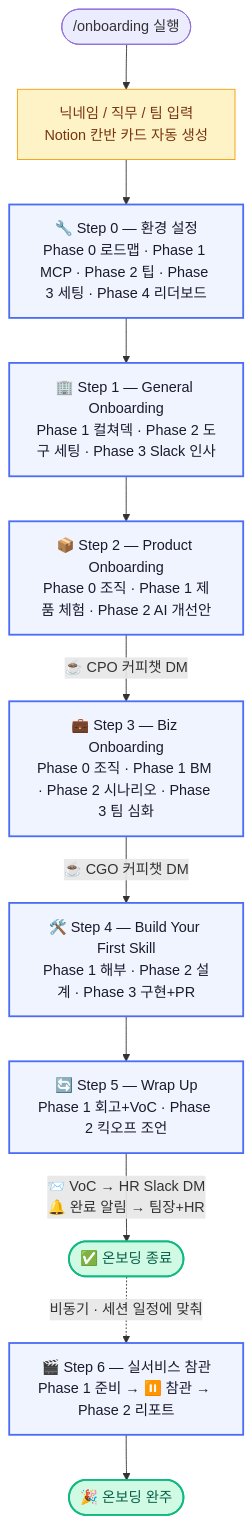
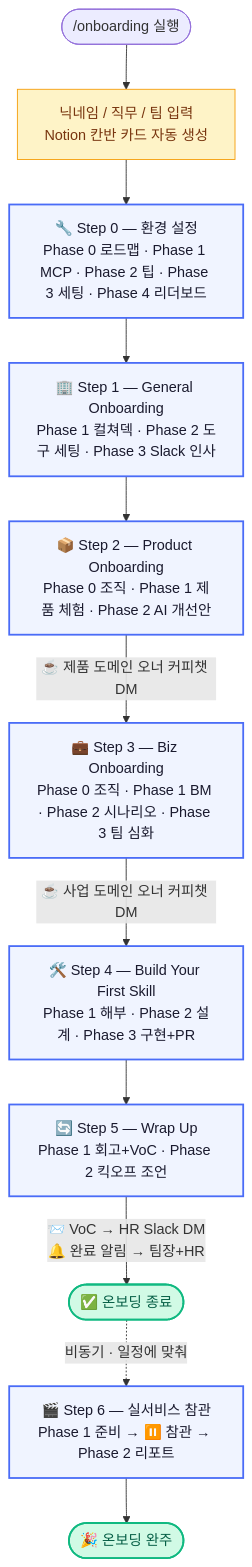
Before and after one commit to Vivi-lee-01/ai-onboarding-template: the diagram in README.md, drawn with Mermaid. The commit also changed other lines of this file and 75 other files, not shown here.

````diff
--- a/README.md
+++ b/README.md
@@ -88,22 +121,22 @@
 ```mermaid
 flowchart TD
     START(["/onboarding 실행"]) --> INIT["닉네임 / 직무 / 팀 입력<br/>Notion 칸반 카드 자동 생성"]
 
     INIT --> S0["🔧 Step 0 — 환경 설정<br/>Phase 0 로드맵 · Phase 1 MCP · Phase 2 팁 · Phase 3 세팅 · Phase 4 리더보드"]
     S0 --> S1["🏢 Step 1 — General Onboarding<br/>Phase 1 컬쳐덱 · Phase 2 도구 세팅 · Phase 3 Slack 인사"]
     S1 --> S2["📦 Step 2 — Product Onboarding<br/>Phase 0 조직 · Phase 1 제품 체험 · Phase 2 AI 개선안"]
-    S2 -->|"☕ CPO 커피챗 DM"| S3["💼 Step 3 — Biz Onboarding<br/>Phase 0 조직 · Phase 1 BM · Phase 2 시나리오 · Phase 3 팀 심화"]
-    S3 -->|"☕ CGO 커피챗 DM"| S4["🛠️ Step 4 — Build Your First Skill<br/>Phase 1 해부 · Phase 2 설계 · Phase 3 구현+PR"]
+    S2 -->|"☕ 제품 도메인 오너 커피챗 DM"| S3["💼 Step 3 — Biz Onboarding<br/>Phase 0 조직 · Phase 1 BM · Phase 2 시나리오 · Phase 3 팀 심화"]
+    S3 -->|"☕ 사업 도메인 오너 커피챗 DM"| S4["🛠️ Step 4 — Build Your First Skill<br/>Phase 1 해부 · Phase 2 설계 · Phase 3 구현+PR"]
     S4 --> S5["🔄 Step 5 — Wrap Up<br/>Phase 1 회고+VoC · Phase 2 킥오프 조언"]
     S5 -->|"📨 VoC → HR Slack DM<br/>🔔 완료 알림 → 팀장+HR"| DONE(["✅ 온보딩 종료"])
-    DONE -.->|"비동기 · 세션 일정에 맞춰"| S6["🎬 Step 6 — 실서비스 참관<br/>Phase 1 준비 → ⏸️ 참관 → Phase 2 리포트"]
+    DONE -.->|"비동기 · 일정에 맞춰"| S6["🎬 Step 6 — 실서비스 참관<br/>Phase 1 준비 → ⏸️ 참관 → Phase 2 리포트"]
     S6 --> FINAL(["🎉 온보딩 완주"])
 
     classDef stepNode fill:#f0f4ff,stroke:#4a6cf7,stroke-width:2px,color:#1a1a2e
     classDef actionNode fill:#fef3c7,stroke:#f59e0b,stroke-width:1px,color:#78350f
     classDef endNode fill:#d1fae5,stroke:#10b981,stroke-width:2px,color:#065f46
 
     class S0,S1,S2,S3,S4,S5,S6 stepNode
     class INIT actionNode
     class DONE,FINAL endNode
 ```
````
